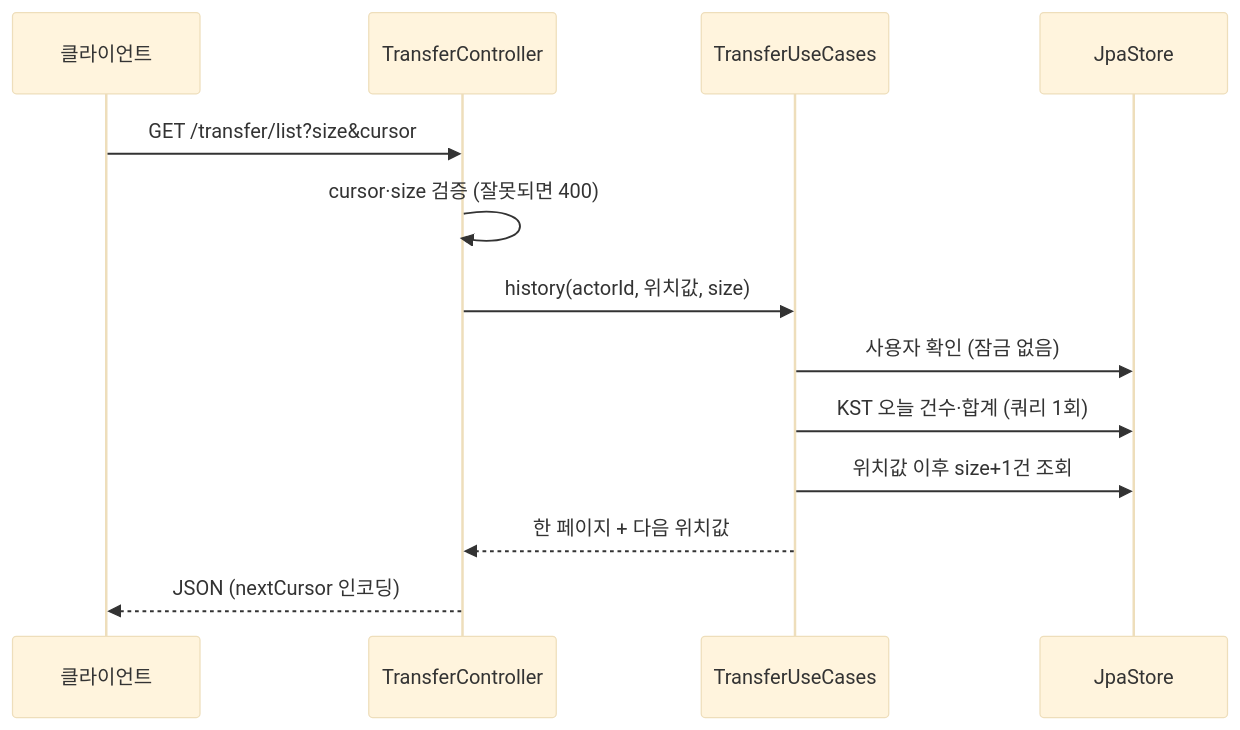
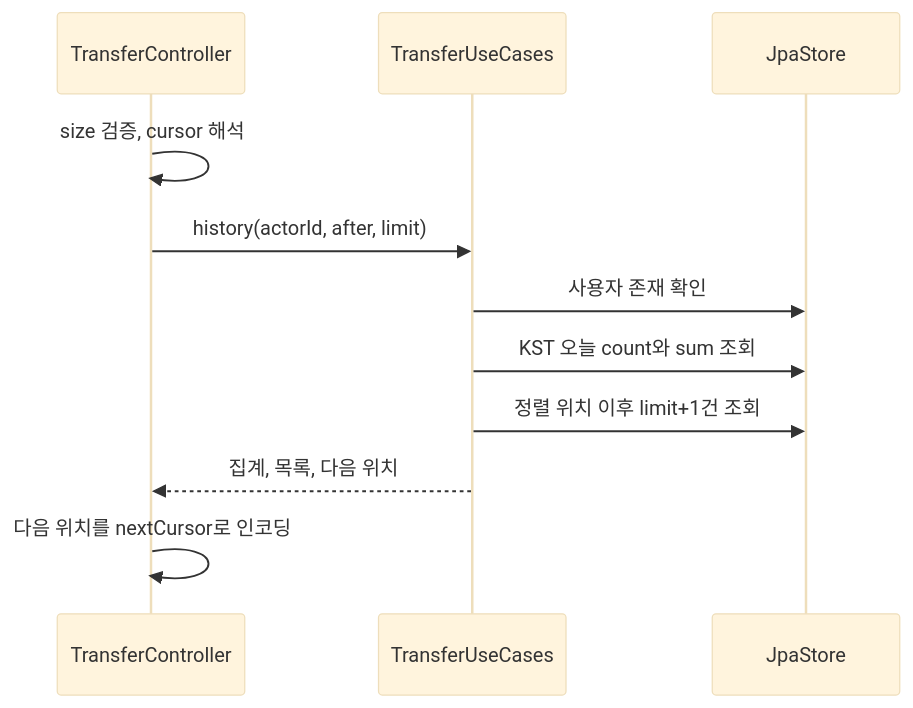
Before and after one commit to ssipflow/GlobalRemittance: the third of 4 diagrams in docs/application/architecture.md, drawn with Mermaid (base theme). The commit also changed other lines of this file and 5 other files, not shown here.

````diff
--- a/docs/application/architecture.md
+++ b/docs/application/architecture.md
@@ -77,15 +63,13 @@
 ```mermaid
 sequenceDiagram
-    participant C as 클라이언트
     participant W as TransferController
     participant A as TransferUseCases
     participant P as JpaStore
-    C->>W: GET /transfer/list?size&cursor
-    W->>W: cursor·size 검증 (잘못되면 400)
-    W->>A: history(actorId, 위치값, size)
-    A->>P: 사용자 확인 (잠금 없음)
-    A->>P: KST 오늘 건수·합계 (쿼리 1회)
-    A->>P: 위치값 이후 size+1건 조회
-    A-->>W: 한 페이지 + 다음 위치값
-    W-->>C: JSON (nextCursor 인코딩)
+    W->>W: size 검증, cursor 해석
+    W->>A: history(actorId, after, limit)
+    A->>P: 사용자 존재 확인
+    A->>P: KST 오늘 count와 sum 조회
+    A->>P: 정렬 위치 이후 limit+1건 조회
+    A-->>W: 집계, 목록, 다음 위치
+    W->>W: 다음 위치를 nextCursor로 인코딩
 ```
````
